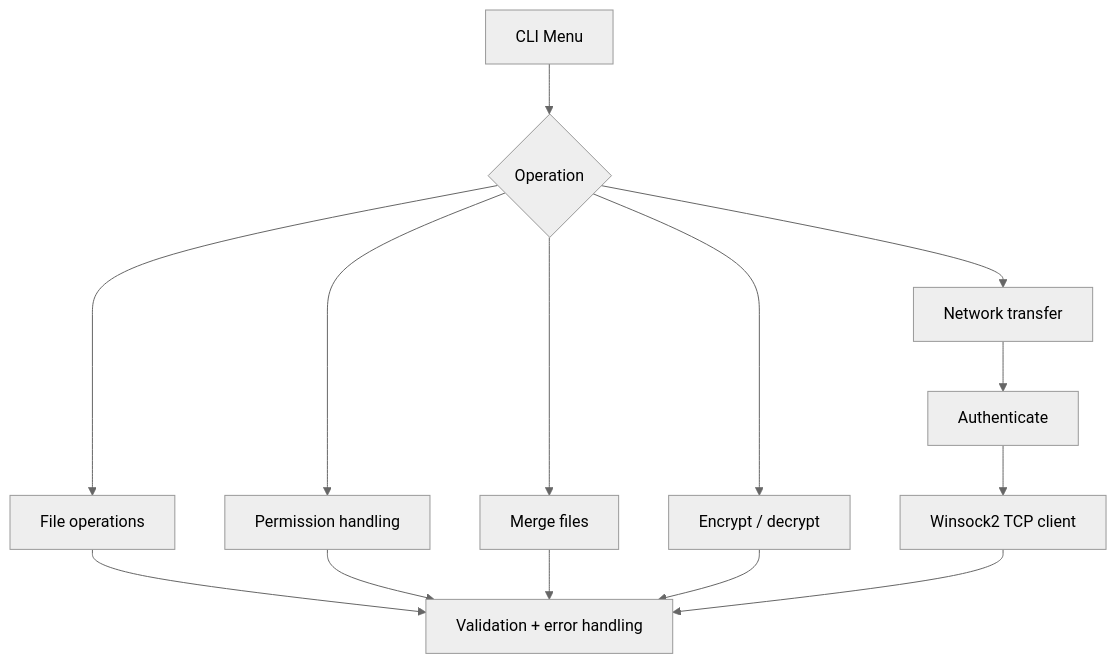
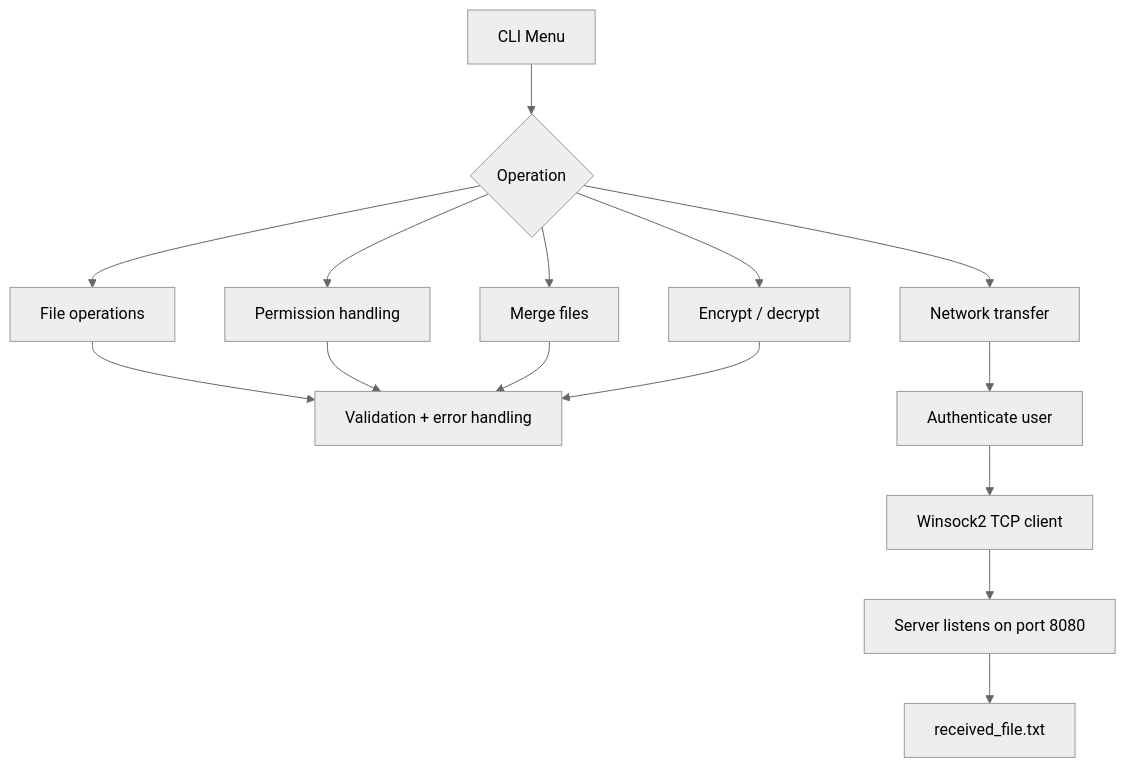
One commit to ibrahimm2106/C-File-Network-Management-System changed the diagram in README.md. Above: the diagram before and after it, drawn with Mermaid (neutral theme). The commit also changed other lines of this file and 6 other files, not shown here.

````diff
--- a/README.md
+++ b/README.md
@@ -53,16 +67,17 @@
 ```mermaid
 flowchart TD
     A[CLI Menu] --> B{Operation}
     B --> C[File operations]
     B --> D[Permission handling]
     B --> E[Merge files]
     B --> F[Encrypt / decrypt]
     B --> G[Network transfer]
     C --> H[Validation + error handling]
     D --> H
     E --> H
     F --> H
-    G --> I[Authenticate]
+    G --> I[Authenticate user]
     I --> J[Winsock2 TCP client]
-    J --> H
+    J --> K[Server listens on port 8080]
+    K --> L[received_file.txt]
 ```
````
